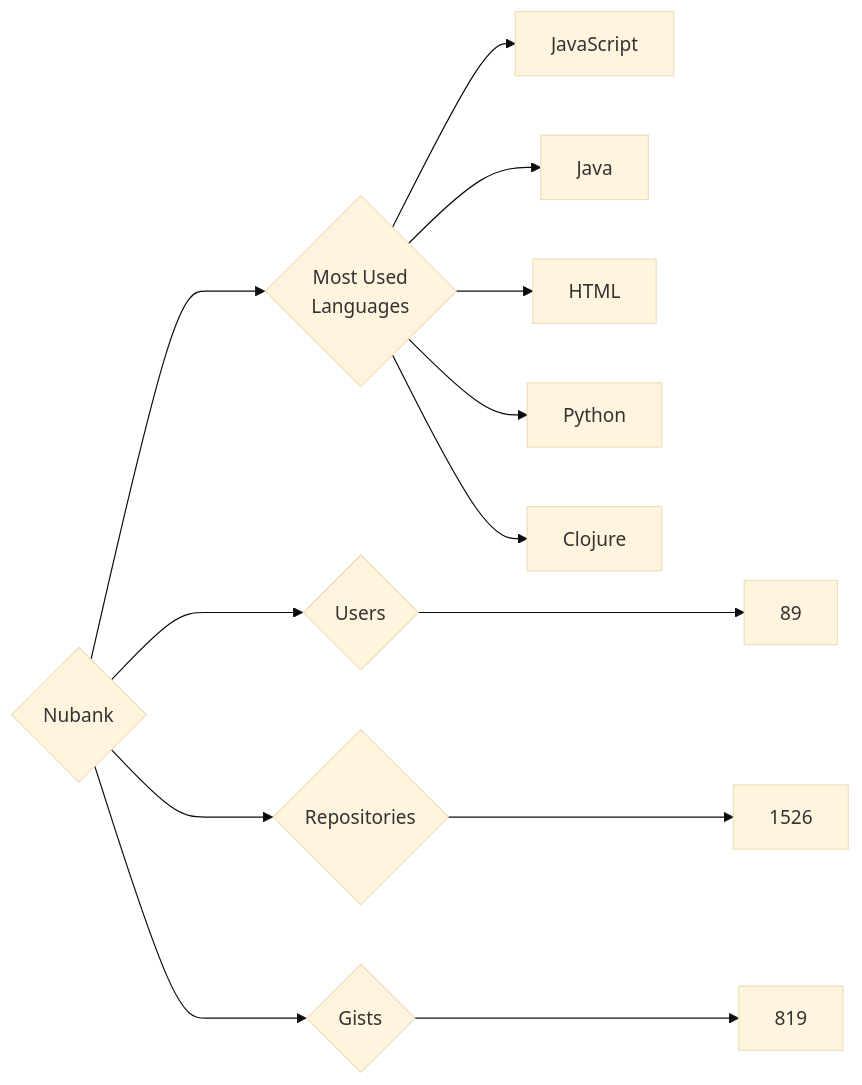
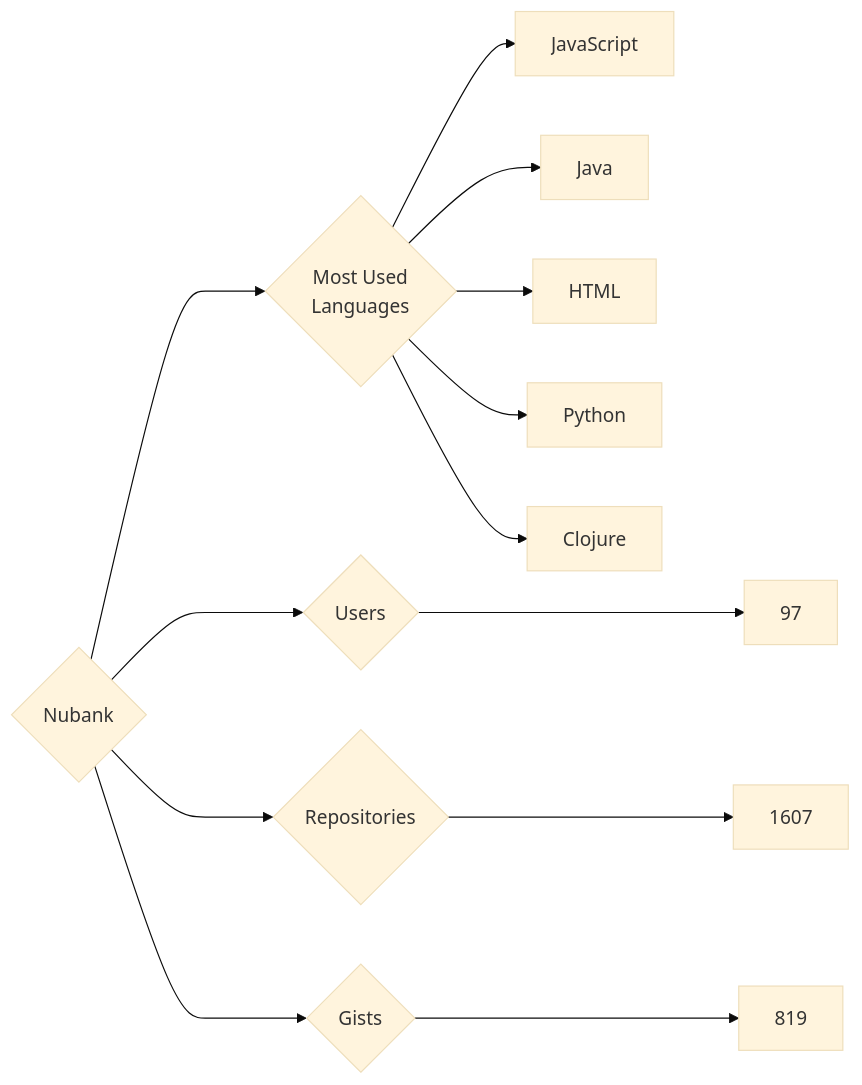
Before and after one commit to trickest/insiders: the diagram in targets/Nubank/README.md, drawn with Mermaid (base theme). The commit also changed 682 other files, not shown here.

````diff
--- a/targets/Nubank/README.md
+++ b/targets/Nubank/README.md
@@ -3,13 +3,13 @@
 ```mermaid
 graph LR
 COMPANY_NAME{Nubank}
-COMPANY_NAME ---> U{Users} ---> UN[89]
-COMPANY_NAME ---> R{Repositories} ---> RN[1526]
+COMPANY_NAME ---> U{Users} ---> UN[97]
+COMPANY_NAME ---> R{Repositories} ---> RN[1607]
 COMPANY_NAME ---> G{Gists} ---> GN[819]
 COMPANY_NAME ---> ML{Most Used<br>Languages}
 ML --> JavaScript[JavaScript]
 ML --> Java[Java]
 ML --> HTML[HTML]
 ML --> Python[Python]
 ML --> Clojure[Clojure]
 ```
````
